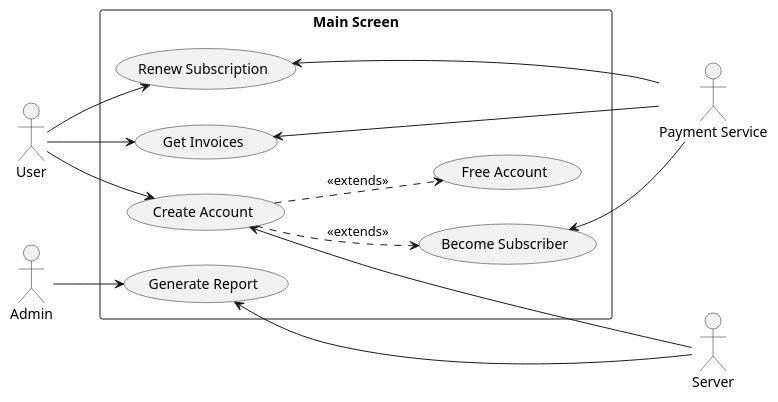
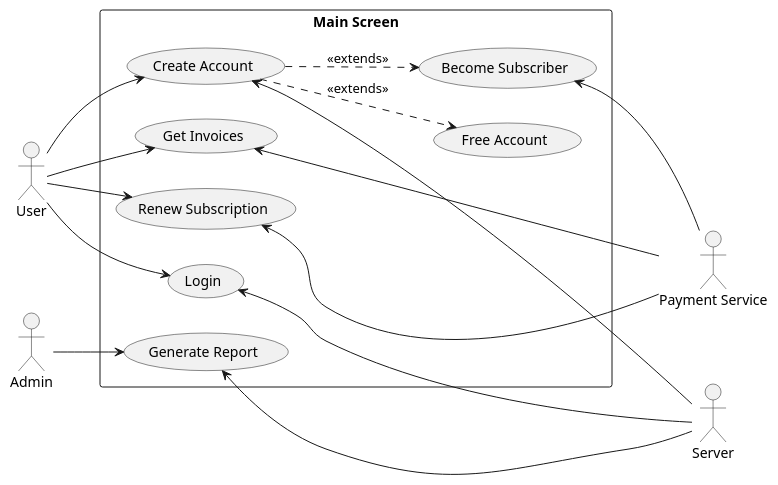
The second of 2 diagrams in doc/UML/README.org (eugercek/video-gui), drawn with PlantUML before and after one commit. The commit also changed other lines of this file and 2 other files, not shown here.

Commit message:
Finish use-case diagrams

```diff
--- a/doc/UML/README.org
+++ b/doc/UML/README.org
@@ -32,32 +32,35 @@
 #+begin_src plantuml
 left to right direction
 actor User
 actor Server
 actor PaymentService as "Payment Service"
 actor Admin
 
 rectangle "Main Screen"{
         usecase createAccount as "Create Account"
         usecase renew as "Renew Subscription"
         usecase invoice as "Get Invoices"
 
         User --> createAccount
 
         createAccount ..> (Become Subscriber)  : <<extends>>
         createAccount ..> (Free Account)  : <<extends>>
 
         createAccount <--- Server
         (Become Subscriber) <-- PaymentService
 
         User --> renew
         renew <-- PaymentService
 
         User --> invoice
         invoice <-- PaymentService
 
+        User --> (Login)
+        (Login) <-- Server
+
         Admin --> (Generate Report)
         (Generate Report) <-- Server
 
 
 }
 #+end_src
```
